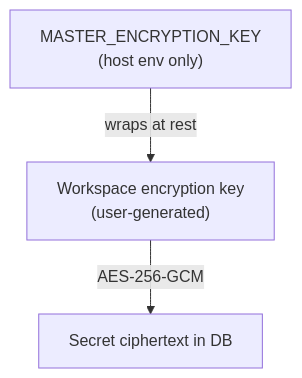
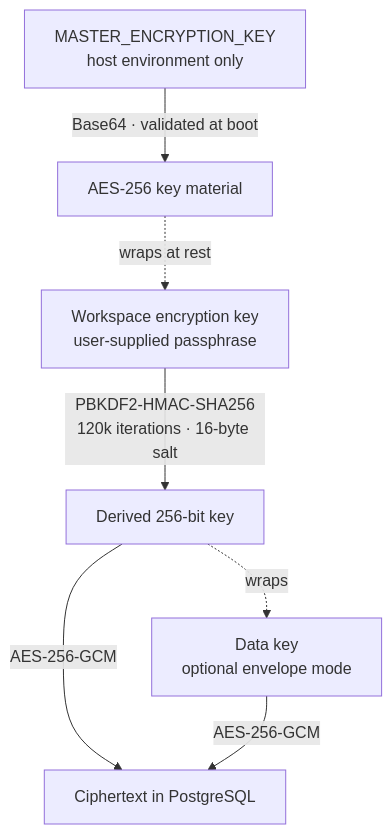
The fourth of 12 diagrams in README.md (maheshshinde9100/CryptEnv), drawn with Mermaid before and after one commit. The commit also changed other lines of this file, not shown here.

Commit message:
docs: rewrite the README with architecture, data, and flow diagrams

````diff
--- a/README.md
+++ b/README.md
@@ -93,9 +231,14 @@
 ```mermaid
 flowchart TB
-  MK["MASTER_ENCRYPTION_KEY<br/>(host env only)"]
-  WK["Workspace encryption key<br/>(user-generated)"]
-  CT["Secret ciphertext in DB"]
+  MK["MASTER_ENCRYPTION_KEY<br/>host environment only"]
+  WK["Workspace encryption key<br/>user-supplied passphrase"]
+  DEK["Data key<br/>optional envelope mode"]
+  CT["Ciphertext in PostgreSQL"]
 
-  MK -->|wraps at rest| WK
-  WK -->|AES-256-GCM| CT
+  MK -->|Base64 · validated at boot| MKOK["AES-256 key material"]
+  WK -->|PBKDF2-HMAC-SHA256<br/>120k iterations · 16-byte salt| KEK["Derived 256-bit key"]
+  MKOK -.->|wraps at rest| WK
+  KEK -->|AES-256-GCM| CT
+  KEK -.->|wraps| DEK
+  DEK -->|AES-256-GCM| CT
 ```
````
